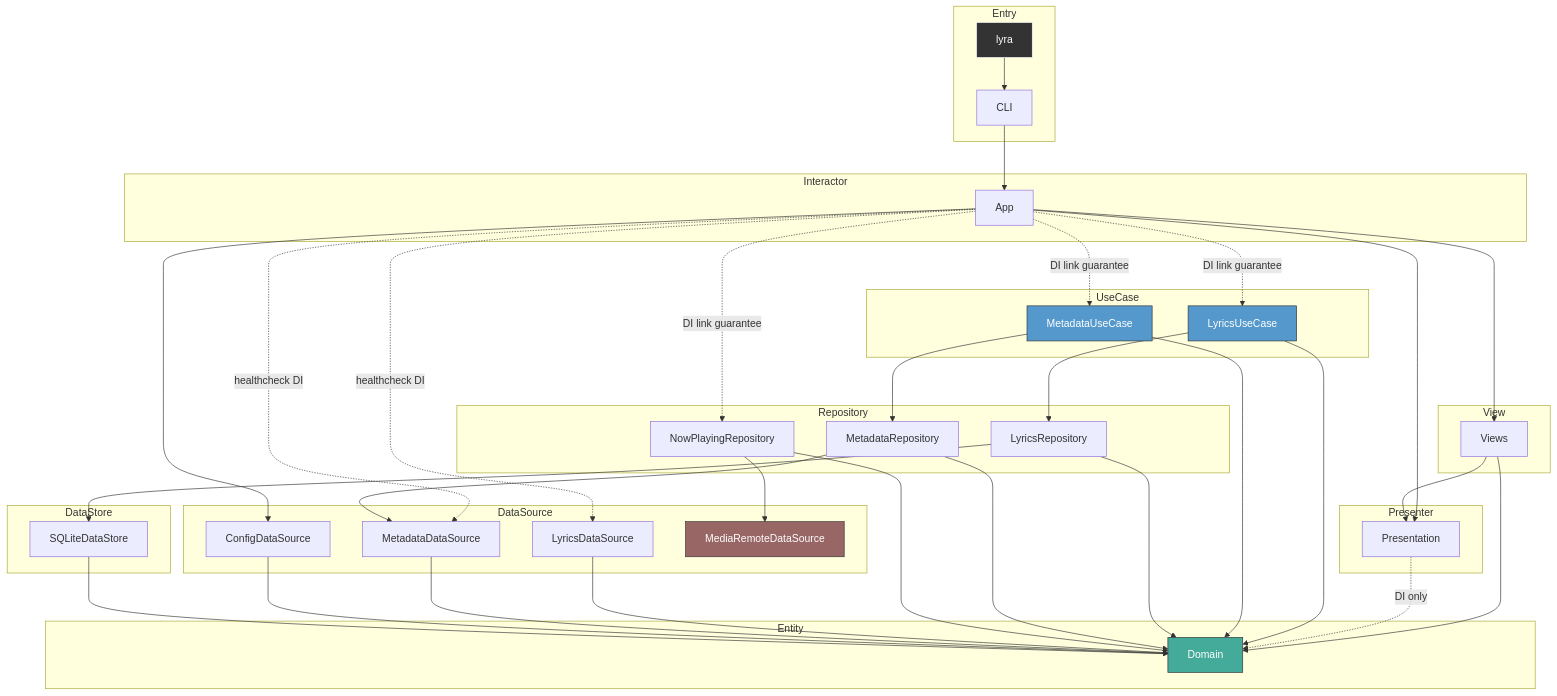
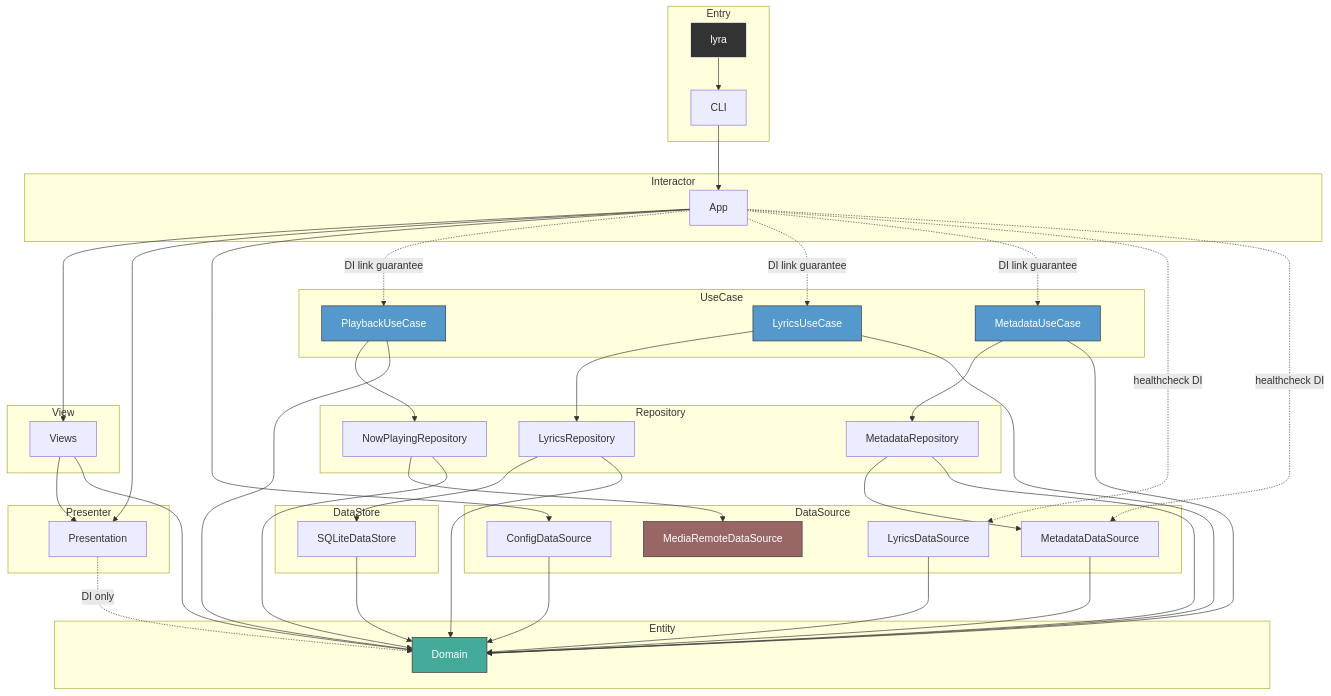
The diagram in CLAUDE.md (GeneralD/lyra), drawn with Mermaid before and after one commit. The commit also changed other lines of this file and 16 other files, not shown here.

````diff
--- a/CLAUDE.md
+++ b/CLAUDE.md
@@ -22,68 +22,71 @@
 ```mermaid
 graph TD
     subgraph Entry
         lyra[lyra]
         CLI[CLI]
     end
 
     subgraph View
         Views[Views]
     end
 
     subgraph Interactor
         App[App]
     end
 
     subgraph Presenter
         Presentation[Presentation]
     end
 
     subgraph Entity
         Domain[Domain]
     end
 
     subgraph UseCase
+        PlaybackUseCase[PlaybackUseCase]
         LyricsUseCase[LyricsUseCase]
         MetadataUseCase[MetadataUseCase]
     end
 
     subgraph Repository
         LyricsRepository[LyricsRepository]
         MetadataRepository[MetadataRepository]
         NowPlayingRepository[NowPlayingRepository]
     end
 
     subgraph DataSource
         LyricsDataSource[LyricsDataSource]
         MetadataDataSource[MetadataDataSource]
         ConfigDataSource[ConfigDataSource]
         MediaRemoteDataSource[MediaRemoteDataSource]
     end
 
     subgraph DataStore
         SQLiteDataStore[SQLiteDataStore]
     end
 
     lyra --> CLI
     CLI --> App
     App --> Views & Presentation & ConfigDataSource
-    App -.->|DI link guarantee| LyricsUseCase & MetadataUseCase & NowPlayingRepository
+    App -.->|DI link guarantee| PlaybackUseCase & LyricsUseCase & MetadataUseCase
     App -.->|healthcheck DI| LyricsDataSource & MetadataDataSource
     Views --> Presentation & Domain
     Presentation -.->|DI only| Domain
+    PlaybackUseCase --> NowPlayingRepository & Domain
     LyricsUseCase --> LyricsRepository & Domain
     MetadataUseCase --> MetadataRepository & Domain
     LyricsRepository --> SQLiteDataStore & Domain
     MetadataRepository --> MetadataDataSource & Domain
     NowPlayingRepository --> MediaRemoteDataSource & Domain
     LyricsDataSource --> Domain
     MetadataDataSource --> Domain
     ConfigDataSource --> Domain
     SQLiteDataStore --> Domain
 
     style Domain fill:#4a9,stroke:#333,color:#fff
+    style PlaybackUseCase fill:#59c,stroke:#333,color:#fff
     style LyricsUseCase fill:#59c,stroke:#333,color:#fff
     style MetadataUseCase fill:#59c,stroke:#333,color:#fff
     style MediaRemoteDataSource fill:#966,stroke:#333,color:#fff
     style lyra fill:#333,stroke:#fff,color:#fff
 ```
````
